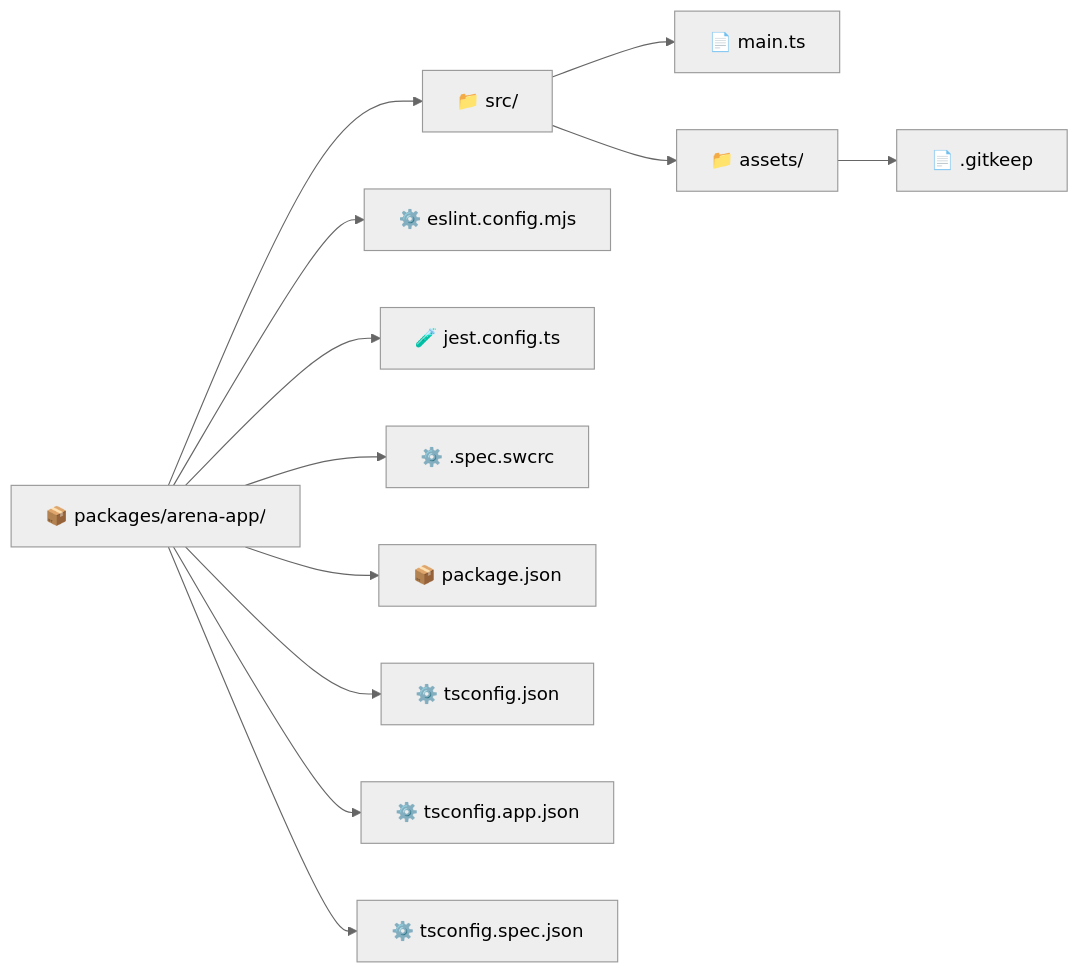
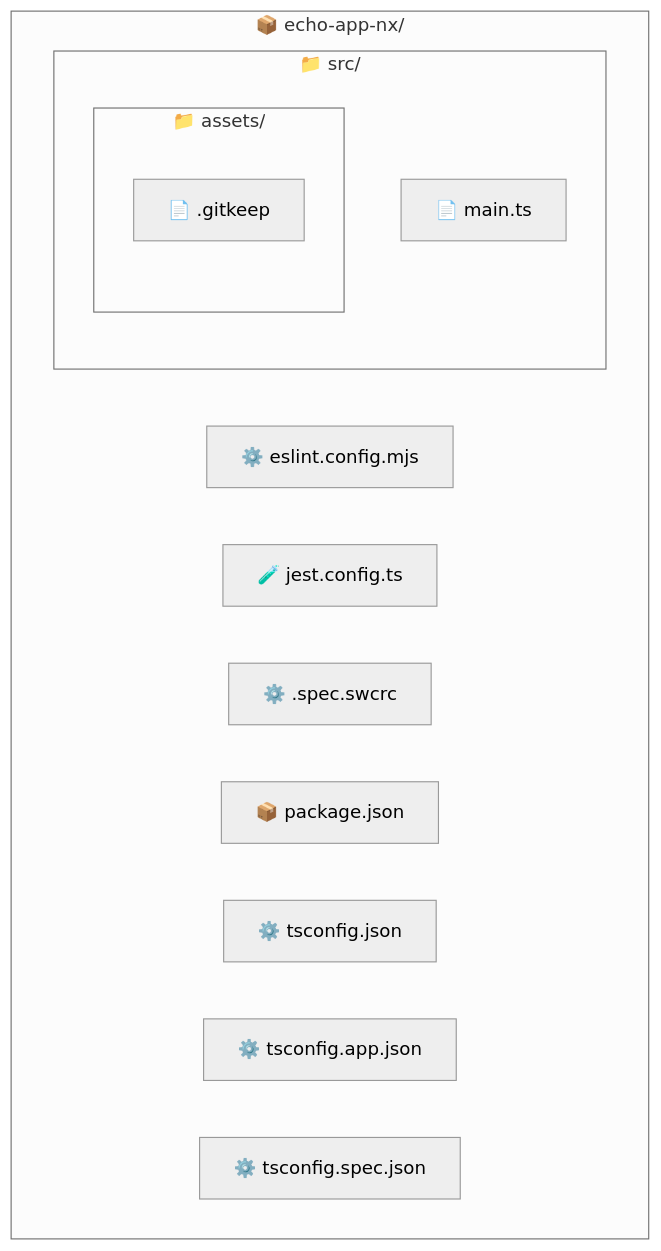
Before and after one commit to r8vnhill/dibs-docusaurus: the second of 2 diagrams in docs/build-systems/init/nx.mdx, drawn with Mermaid (neutral theme). The commit also changed other lines of this file and 4 other files, not shown here.

````diff
--- a/docs/build-systems/init/nx.mdx
+++ b/docs/build-systems/init/nx.mdx
@@ -363,17 +467,22 @@
 ```mermaid
 graph LR
-    root["📦 packages/arena-app/"]
+    subgraph Root ["📦 echo-app-nx/"]
+        direction LR
 
-    root --> src["📁 src/"]
-    src --> main["📄 main.ts"]
-    src --> assets["📁 assets/"]
-    assets --> gitkeep["📄 .gitkeep"]
+        eslint["⚙️ eslint.config.mjs"]
+        jest["🧪 jest.config.ts"]
+        specSwcrc["⚙️ .spec.swcrc"]
+        pkgJson["📦 package.json"]
+        tsconfig["⚙️ tsconfig.json"]
+        tsconfigApp["⚙️ tsconfig.app.json"]
+        tsconfigSpec["⚙️ tsconfig.spec.json"]
 
-    root --> eslint["⚙️ eslint.config.mjs"]
-    root --> jest["🧪 jest.config.ts"]
-    root --> specSwcrc["⚙️ .spec.swcrc"]
-    root --> pkgJson["📦 package.json"]
-    root --> tsconfig["⚙️ tsconfig.json"]
-    root --> tsconfigApp["⚙️ tsconfig.app.json"]
-    root --> tsconfigSpec["⚙️ tsconfig.spec.json"]
+        subgraph Src ["📁 src/"]
+            main["📄 main.ts"]
+            subgraph Assets ["📁 assets/"]
+                direction TB
+                gitkeep["📄 .gitkeep"]
+            end
+        end
+    end
 ```
````
